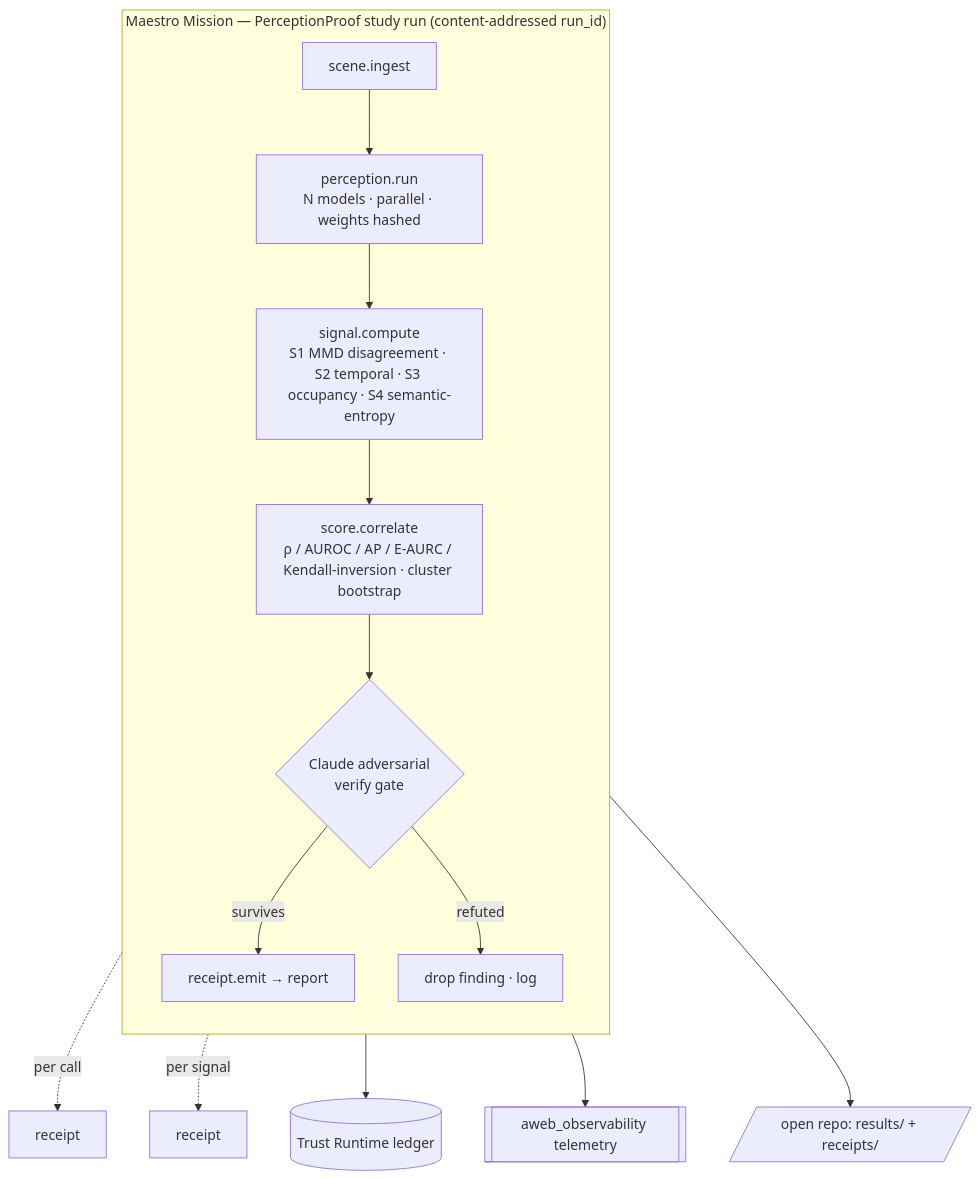
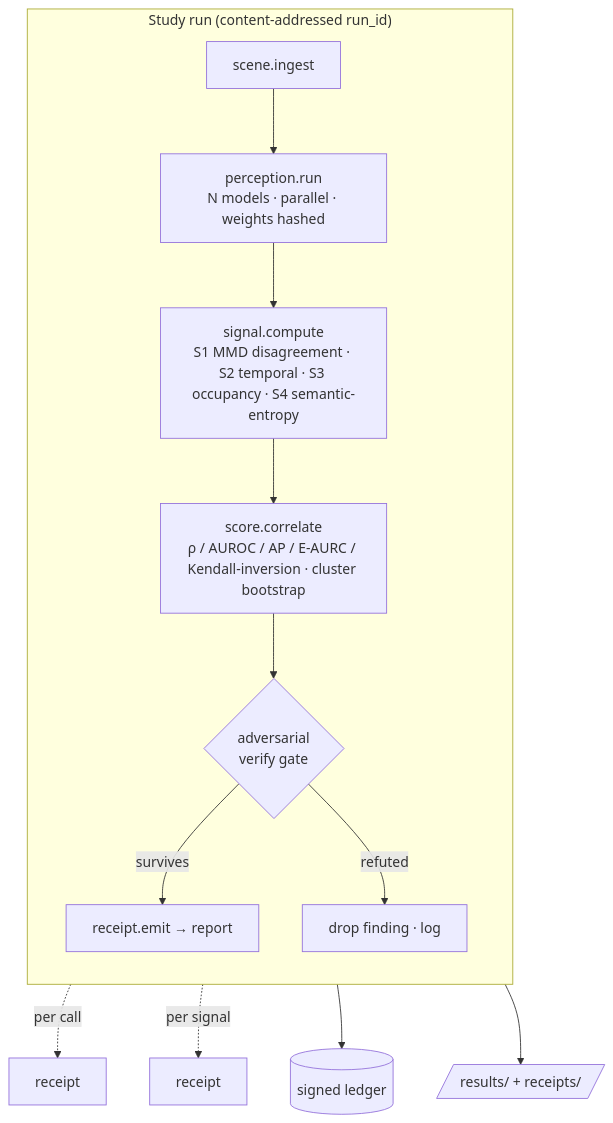
Before and after one commit to manfromnowhere143/perceptionproof: the first of 2 diagrams in docs/ARCHITECTURE.md, drawn with Mermaid. The commit also changed other lines of this file and 1 other file, not shown here.

First line of the commit message:
docs(architecture): sanitize — remove commercial/strategy framing from public doc

````diff
--- a/docs/ARCHITECTURE.md
+++ b/docs/ARCHITECTURE.md
@@ -56,17 +54,16 @@
 ```mermaid
 flowchart TB
-  subgraph M["Maestro Mission — PerceptionProof study run (content-addressed run_id)"]
+  subgraph M["Study run (content-addressed run_id)"]
     direction TB
     I["scene.ingest"] --> P["perception.run<br/>N models · parallel · weights hashed"]
     P --> S["signal.compute<br/>S1 MMD disagreement · S2 temporal · S3 occupancy · S4 semantic-entropy"]
     S --> C["score.correlate<br/>ρ / AUROC / AP / E-AURC / Kendall-inversion · cluster bootstrap"]
-    C --> V{"Claude adversarial<br/>verify gate"}
+    C --> V{"adversarial<br/>verify gate"}
     V -- survives --> R["receipt.emit → report"]
     V -- refuted --> X["drop finding · log"]
   end
   P -. per call .-> rc1["receipt"]
   S -. per signal .-> rc2["receipt"]
-  R --> L[("Trust Runtime ledger")]
-  R --> O[["aweb_observability telemetry"]]
-  R --> A[/"open repo: results/ + receipts/"/]
+  R --> L[("signed ledger")]
+  R --> A[/"results/ + receipts/"/]
 ```
````
